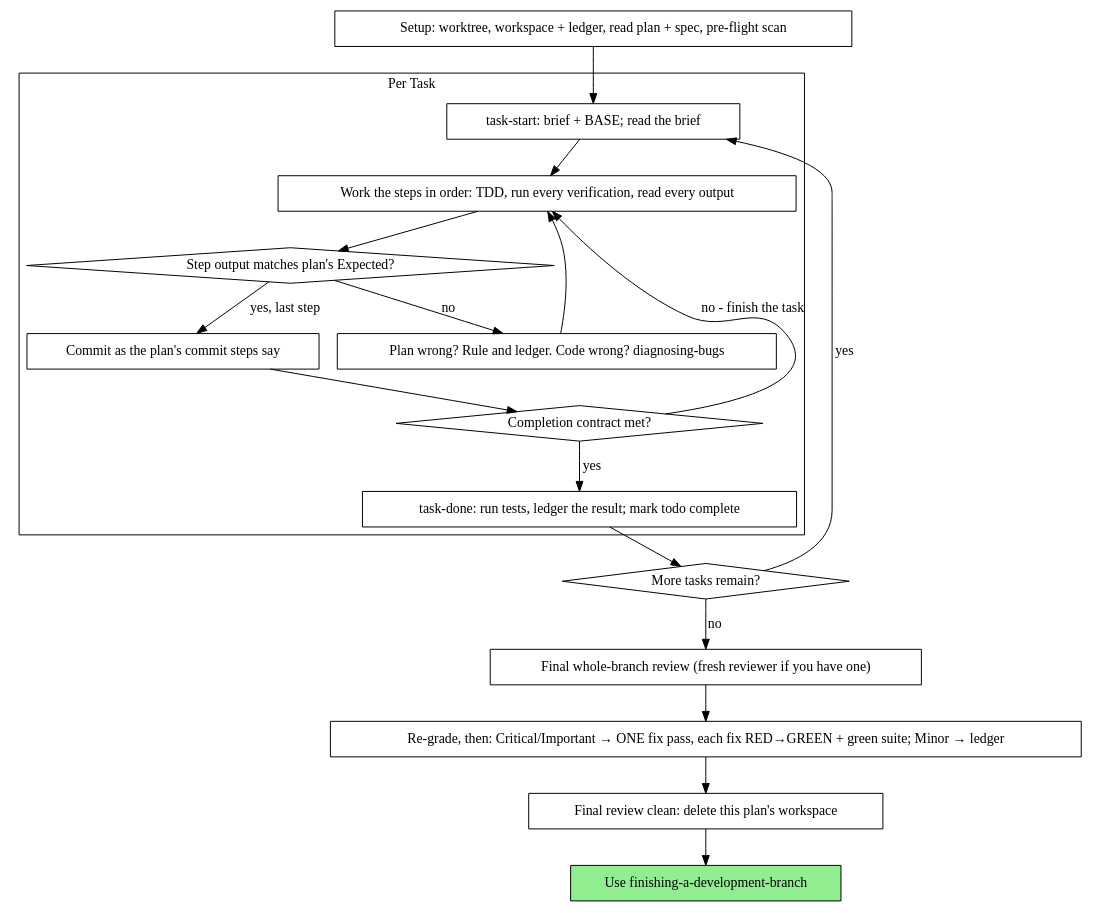
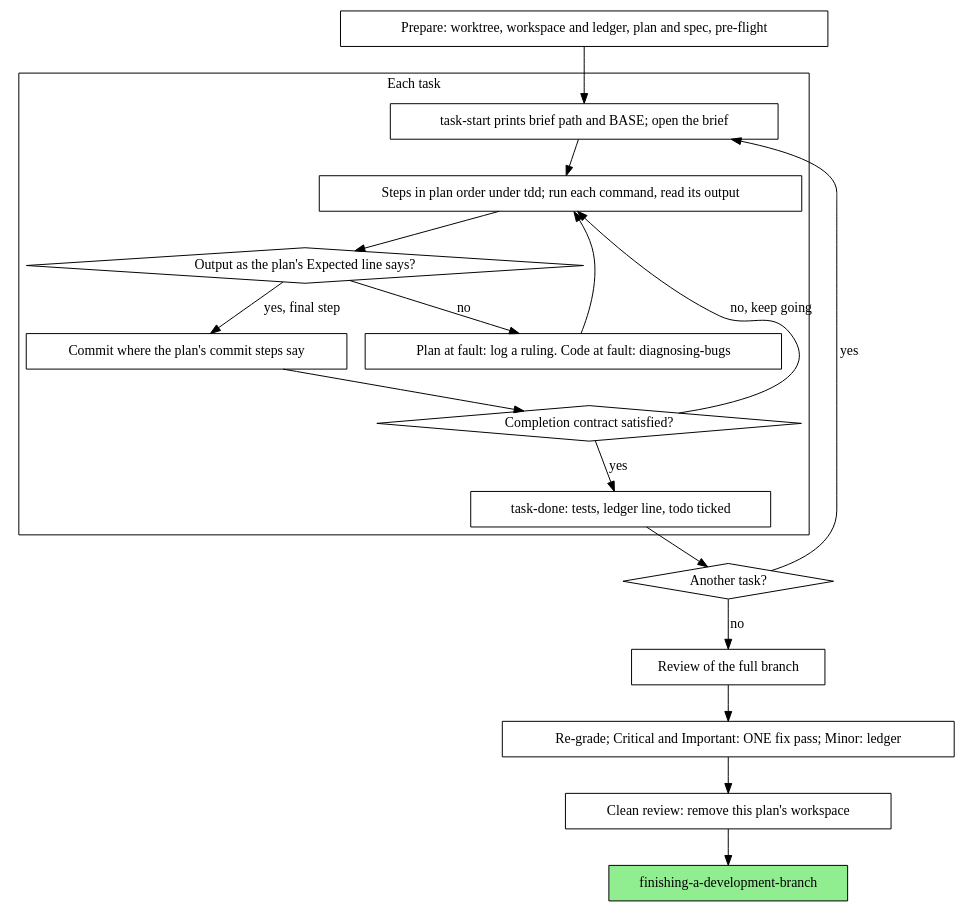
The diagram in catalog/skills/executing-plans/SKILL.md (Richicinschi/studio-os), drawn with Graphviz before and after one commit. The commit also changed other lines of this file and 888 other files, not shown here.

````diff
--- a/catalog/skills/executing-plans/SKILL.md
+++ b/catalog/skills/executing-plans/SKILL.md
@@ -74,39 +91,39 @@
 ```dot
-digraph process {
+digraph overview {
     rankdir=TB;
 
-    subgraph cluster_per_task {
-        label="Per Task";
-        "task-start: brief + BASE; read the brief" [shape=box];
-        "Work the steps in order: TDD, run every verification, read every output" [shape=box];
-        "Step output matches plan's Expected?" [shape=diamond];
-        "Plan wrong? Rule and ledger. Code wrong? diagnosing-bugs" [shape=box];
-        "Commit as the plan's commit steps say" [shape=box];
-        "Completion contract met?" [shape=diamond];
-        "task-done: run tests, ledger the result; mark todo complete" [shape=box];
+    subgraph cluster_one {
+        label="Each task";
+        open    [label="task-start prints brief path and BASE; open the brief" shape=box];
+        work    [label="Steps in plan order under tdd; run each command, read its output" shape=box];
+        same    [label="Output as the plan's Expected line says?" shape=diamond];
+        repair  [label="Plan at fault: log a ruling. Code at fault: diagnosing-bugs" shape=box];
+        save    [label="Commit where the plan's commit steps say" shape=box];
+        gate    [label="Completion contract satisfied?" shape=diamond];
+        close   [label="task-done: tests, ledger line, todo ticked" shape=box];
     }
 
-    "Setup: worktree, workspace + ledger, read plan + spec, pre-flight scan" [shape=box];
-    "More tasks remain?" [shape=diamond];
-    "Final whole-branch review (fresh reviewer if you have one)" [shape=box];
-    "Re-grade, then: Critical/Important → ONE fix pass, each fix RED→GREEN + green suite; Minor → ledger" [shape=box];
-    "Final review clean: delete this plan's workspace" [shape=box];
-    "Use finishing-a-development-branch" [shape=box style=filled fillcolor=lightgreen];
+    prep    [label="Prepare: worktree, workspace and ledger, plan and spec, pre-flight" shape=box];
+    left    [label="Another task?" shape=diamond];
+    audit   [label="Review of the full branch" shape=box];
+    triage  [label="Re-grade; Critical and Important: ONE fix pass; Minor: ledger" shape=box];
+    tidy    [label="Clean review: remove this plan's workspace" shape=box];
+    wrap    [label="finishing-a-development-branch" shape=box style=filled fillcolor=lightgreen];
 
-    "Setup: worktree, workspace + ledger, read plan + spec, pre-flight scan" -> "task-start: brief + BASE; read the brief";
-    "task-start: brief + BASE; read the brief" -> "Work the steps in order: TDD, run every verification, read every output";
-    "Work the steps in order: TDD, run every verification, read every output" -> "Step output matches plan's Expected?";
-    "Step output matches plan's Expected?" -> "Plan wrong? Rule and ledger. Code wrong? diagnosing-bugs" [label="no"];
-    "Plan wrong? Rule and ledger. Code wrong? diagnosing-bugs" -> "Work the steps in order: TDD, run every verification, read every output";
-    "Step output matches plan's Expected?" -> "Commit as the plan's commit steps say" [label="yes, last step"];
-    "Commit as the plan's commit steps say" -> "Completion contract met?";
-    "Completion contract met?" -> "Work the steps in order: TDD, run every verification, read every output" [label="no - finish the task"];
-    "Completion contract met?" -> "task-done: run tests, ledger the result; mark todo complete" [label="yes"];
-    "task-done: run tests, ledger the result; mark todo complete" -> "More tasks remain?";
-    "More tasks remain?" -> "task-start: brief + BASE; read the brief" [label="yes"];
-    "More tasks remain?" -> "Final whole-branch review (fresh reviewer if you have one)" [label="no"];
-    "Final whole-branch review (fresh reviewer if you have one)" -> "Re-grade, then: Critical/Important → ONE fix pass, each fix RED→GREEN + green suite; Minor → ledger";
-    "Re-grade, then: Critical/Important → ONE fix pass, each fix RED→GREEN + green suite; Minor → ledger" -> "Final review clean: delete this plan's workspace";
-    "Final review clean: delete this plan's workspace" -> "Use finishing-a-development-branch";
+    prep -> open;
+    open -> work;
+    work -> same;
+    same -> repair [label="no"];
+    repair -> work;
+    same -> save [label="yes, final step"];
+    save -> gate;
+    gate -> work [label="no, keep going"];
+    gate -> close [label="yes"];
+    close -> left;
+    left -> open [label="yes"];
+    left -> audit [label="no"];
+    audit -> triage;
+    triage -> tidy;
+    tidy -> wrap;
 }
 ```
````
